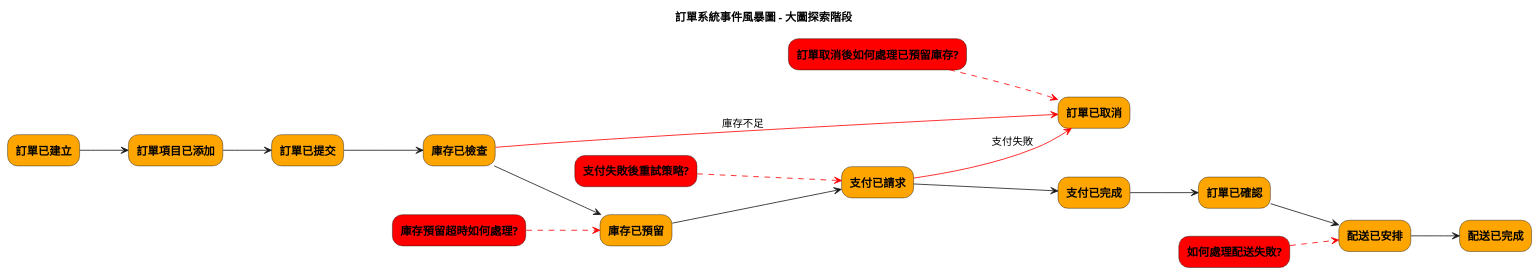
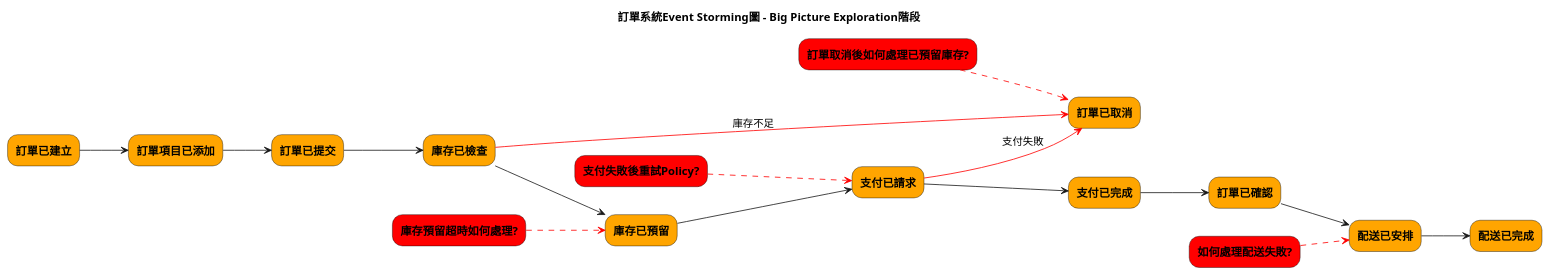
Before and after one commit to humank/genai-demo: the diagram in docs/en/diagrams/plantuml/es-gen-guidance-tc.md, drawn with PlantUML. The commit also changed other lines of this file and 583 other files, not shown here.

````diff
--- a/docs/en/diagrams/plantuml/es-gen-guidance-tc.md
+++ b/docs/en/diagrams/plantuml/es-gen-guidance-tc.md
@@ -67,52 +65,52 @@
 ```puml
 @startuml big-picture-exploration
 left to right direction
 
 skinparam rectangle {
     RoundCorner 25
     BorderColor black
     FontStyle bold
 }
 
-title 訂單系統事件風暴圖 - 大圖探索階段
+title 訂單系統Event Storming圖 - Big Picture Exploration階段
 
-' 只關注主要領域事件
+' 只關注主要Domain Event
 rectangle "訂單已建立" as OrderCreatedEvent #FFA500
 rectangle "訂單項目已添加" as OrderItemAddedEvent #FFA500
 rectangle "訂單已提交" as OrderSubmittedEvent #FFA500
 rectangle "庫存已檢查" as InventoryCheckedEvent #FFA500
 rectangle "庫存已預留" as InventoryReservedEvent #FFA500
 rectangle "支付已請求" as PaymentRequestedEvent #FFA500
 rectangle "支付已完成" as PaymentCompletedEvent #FFA500
 rectangle "訂單已確認" as OrderConfirmedEvent #FFA500
 rectangle "配送已安排" as DeliveryArrangedEvent #FFA500
 rectangle "配送已完成" as DeliveryCompletedEvent #FFA500
 rectangle "訂單已取消" as OrderCancelledEvent #FFA500
 
-' 熱點/問題
+' Hotspot/問題
 rectangle "庫存預留超時如何處理?" as InventoryTimeoutIssue #FF0000
-rectangle "支付失敗後重試策略?" as PaymentRetryIssue #FF0000
+rectangle "支付失敗後重試Policy?" as PaymentRetryIssue #FF0000
 rectangle "訂單取消後如何處理已預留庫存?" as InventoryReleaseIssue #FF0000
 rectangle "如何處理配送失敗?" as DeliveryFailureIssue #FF0000
 
 ' 時間線連接
 OrderCreatedEvent --> OrderItemAddedEvent
 OrderItemAddedEvent --> OrderSubmittedEvent
 OrderSubmittedEvent --> InventoryCheckedEvent
 InventoryCheckedEvent --> InventoryReservedEvent
 InventoryReservedEvent --> PaymentRequestedEvent
 PaymentRequestedEvent --> PaymentCompletedEvent
 PaymentCompletedEvent --> OrderConfirmedEvent
 OrderConfirmedEvent --> DeliveryArrangedEvent
 DeliveryArrangedEvent --> DeliveryCompletedEvent
 
 ' 分支路徑
 InventoryCheckedEvent -[#red]-> OrderCancelledEvent : 庫存不足
 PaymentRequestedEvent -[#red]-> OrderCancelledEvent : 支付失敗
 
-' 熱點問題連接
+' Hotspot問題連接
 InventoryTimeoutIssue -[#red,dashed]-> InventoryReservedEvent
 PaymentRetryIssue -[#red,dashed]-> PaymentRequestedEvent
 InventoryReleaseIssue -[#red,dashed]-> OrderCancelledEvent
 DeliveryFailureIssue -[#red,dashed]-> DeliveryArrangedEvent
 ```
````
